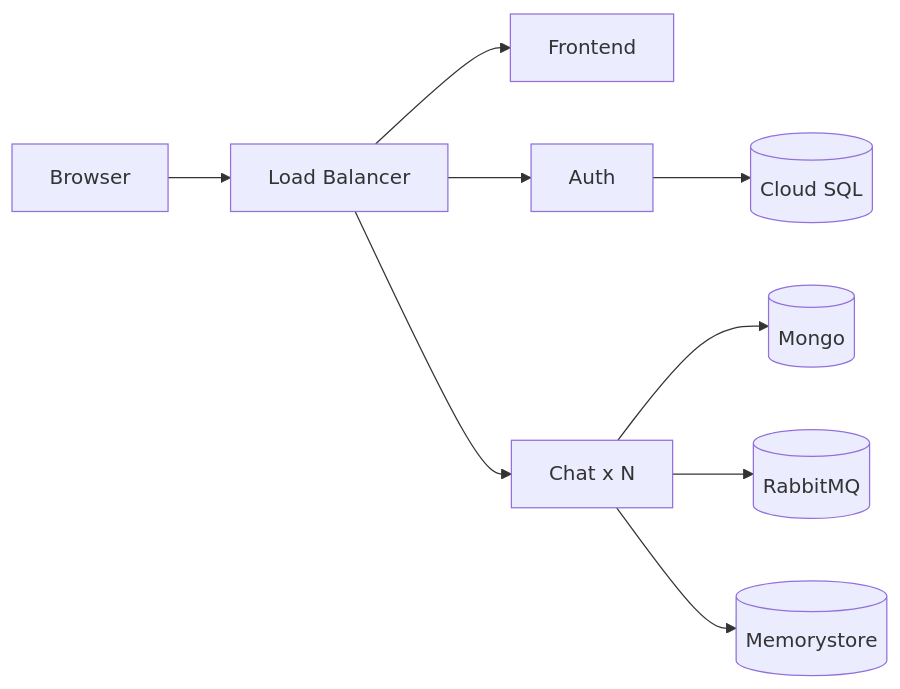
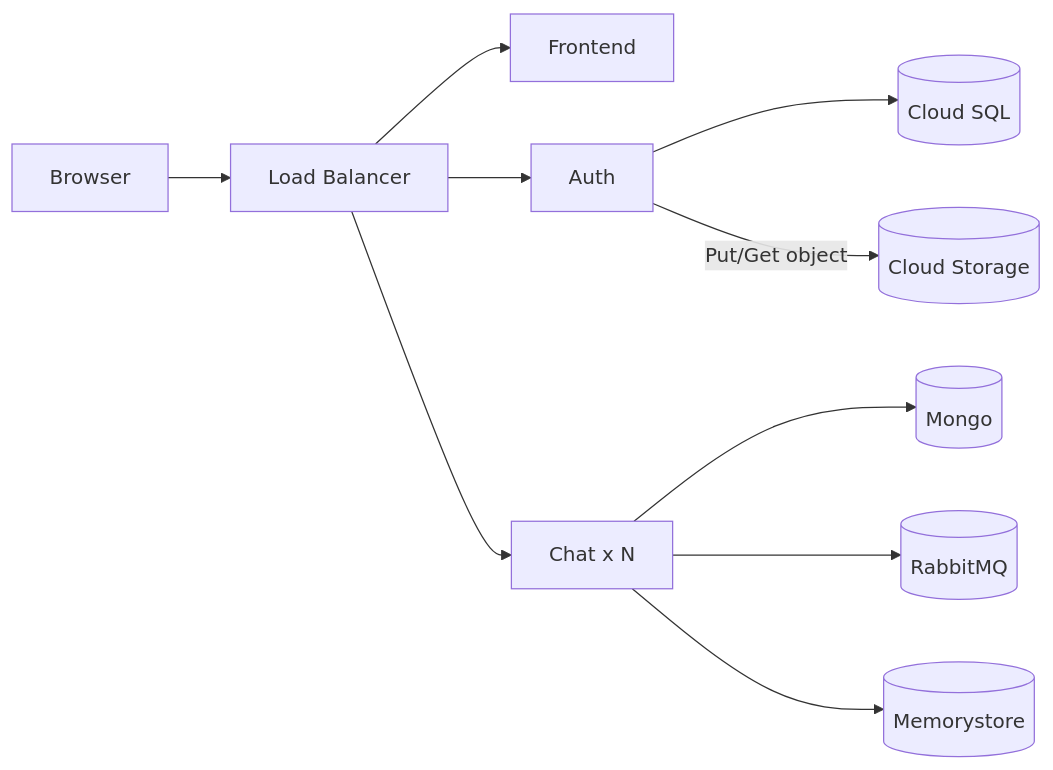
The third of 5 diagrams in docs/diagrams-mermaid.md (Xs1d7/teste-roboteasy), drawn with Mermaid before and after one commit. The commit also changed other lines of this file and 5 other files, not shown here.

First line of the commit message:
docs: atualizar mermaids e docs com MinIO/avatar

````diff
--- a/docs/diagrams-mermaid.md
+++ b/docs/diagrams-mermaid.md
@@ -48,13 +50,14 @@
 ```mermaid
 flowchart LR
   Browser[Browser] --> LB[Load Balancer]
 
   LB --> Frontend[Frontend]
   LB --> Auth[Auth]
   LB --> Chat[Chat x N]
 
   Auth --> SQL[(Cloud SQL)]
+  Auth -->|Put/Get object| GCS[(Cloud Storage)]
   Chat --> Mongo[(Mongo)]
   Chat --> MQ[(RabbitMQ)]
   Chat --> Cache[(Memorystore)]
 ```
````
